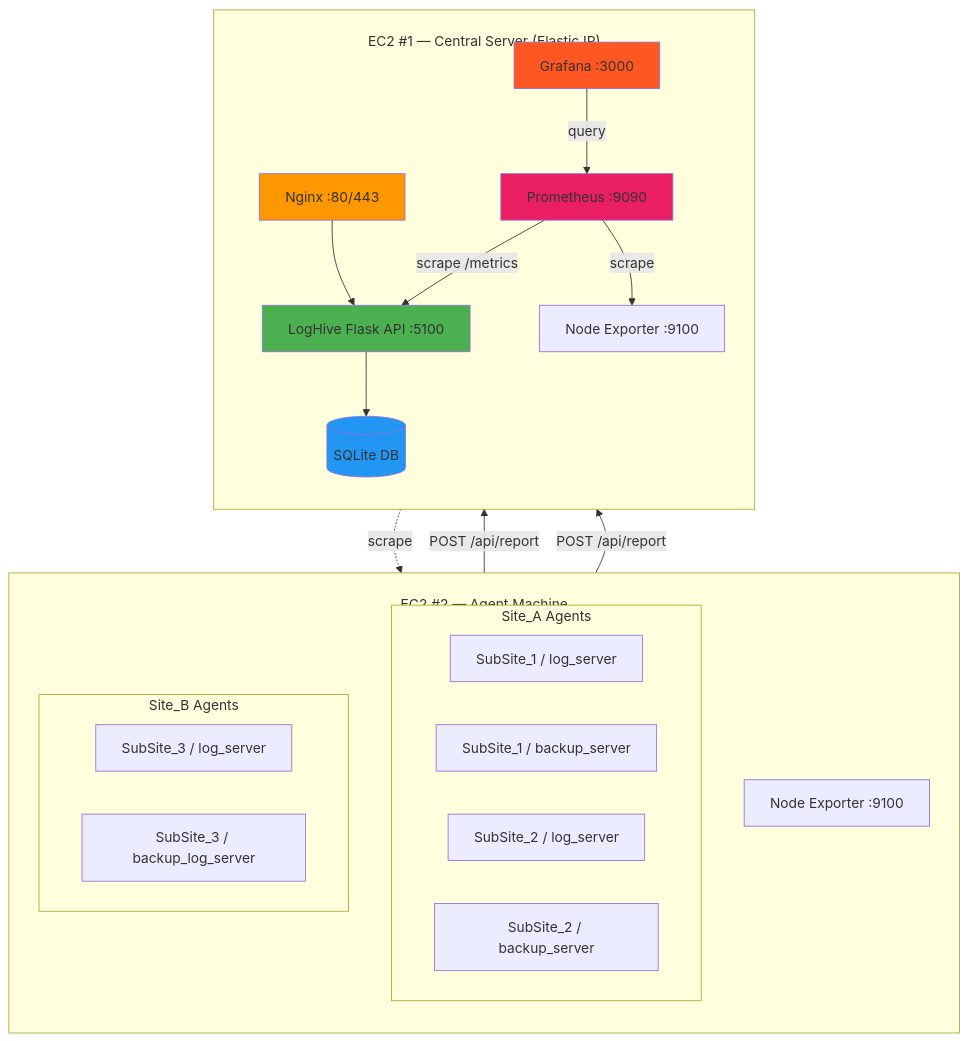
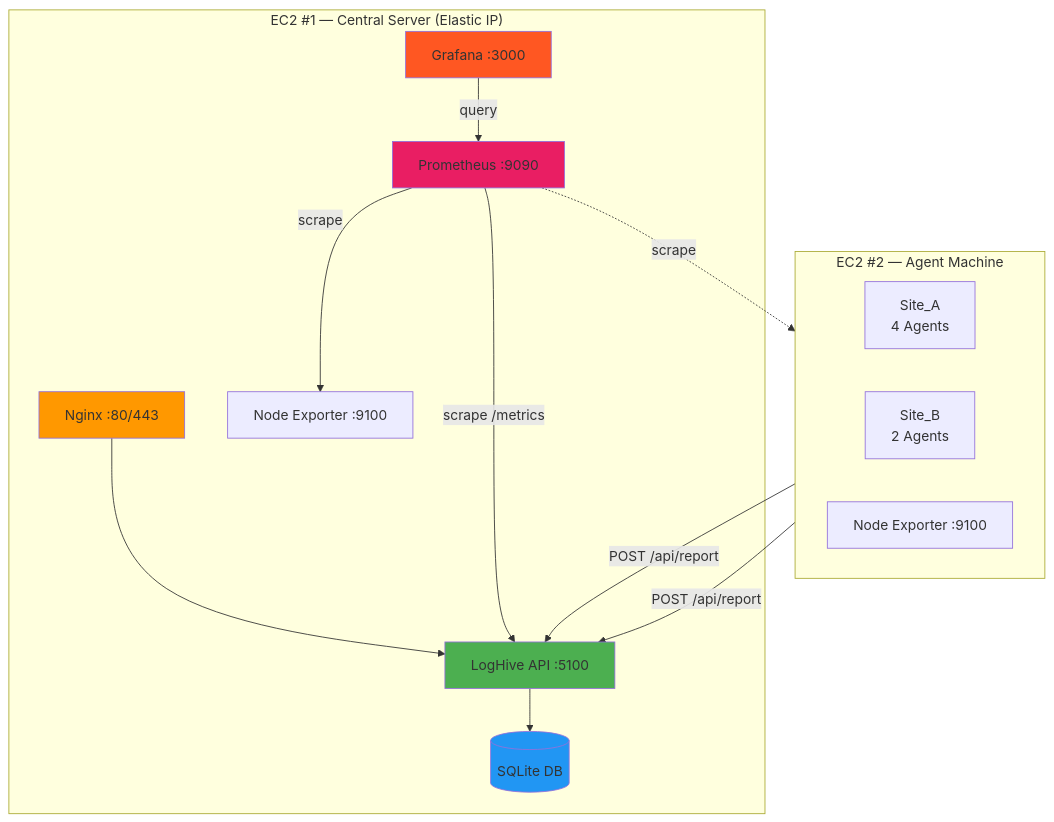
One commit to mile-chang/logHive changed the diagram in docs/deployment.md. Above: the diagram before and after it, drawn with Mermaid. The commit also changed 1 other file, not shown here.

Commit message:
docs: update deployment*.md with system architecture diagram.

````diff
--- a/docs/deployment.md
+++ b/docs/deployment.md
@@ -22,43 +22,27 @@
 ```mermaid
 graph TD
-    subgraph EC2_2["<br/>EC2 #2 — Agent Machine<br/>&nbsp;"]
-        direction TB
-        subgraph agents_a["&nbsp;&nbsp; Site_A Agents &nbsp;&nbsp;"]
-            AG1["SubSite_1 / log_server"]
-            AG2["SubSite_1 / backup_server"]
-            AG3["SubSite_2 / log_server"]
-            AG4["SubSite_2 / backup_server"]
-        end
-        subgraph agents_b["&nbsp;&nbsp; Site_B Agents &nbsp;&nbsp;"]
-            AG5["SubSite_3 / log_server"]
-            AG6["SubSite_3 / backup_log_server"]
-        end
+    subgraph EC2_2["EC2 #2 — Agent Machine"]
+        direction LR
+        SA["Site_A<br/>4 Agents"]
+        SB["Site_B<br/>2 Agents"]
         NE2["Node Exporter :9100"]
     end
 
-    agents_a -->|"POST /api/report"| LH
-    agents_b -->|"POST /api/report"| LH
+    SA & SB -->|"POST /api/report"| LH
 
-    subgraph EC2_1["<br/>EC2 #1 — Central Server (Elastic IP)<br/>&nbsp;"]
-        direction TB
-        NGX["Nginx :80/443"]
-        LH["LogHive Flask API :5100"]
-        DB[("SQLite DB")]
-        NE1["Node Exporter :9100"]
-        PR["Prometheus :9090"]
-        GR["Grafana :3000"]
-
-        NGX --> LH --> DB
-        PR -->|"scrape /metrics"| LH
-        PR -->|scrape| NE1
-        GR -->|query| PR
+    subgraph EC2_1["EC2 #1 — Central Server (Elastic IP)"]
+        NGX["Nginx :80/443"] --> LH["LogHive API :5100"]
+        LH --> DB[("SQLite DB")]
+        PR["Prometheus :9090"] -->|"scrape /metrics"| LH
+        PR -->|scrape| NE1["Node Exporter :9100"]
+        GR["Grafana :3000"] -->|query| PR
     end
 
     PR -.->|scrape| NE2
 
     style LH fill:#4CAF50
     style DB fill:#2196F3
     style NGX fill:#FF9800
     style PR fill:#E91E63
     style GR fill:#FF5722
 ```
````
